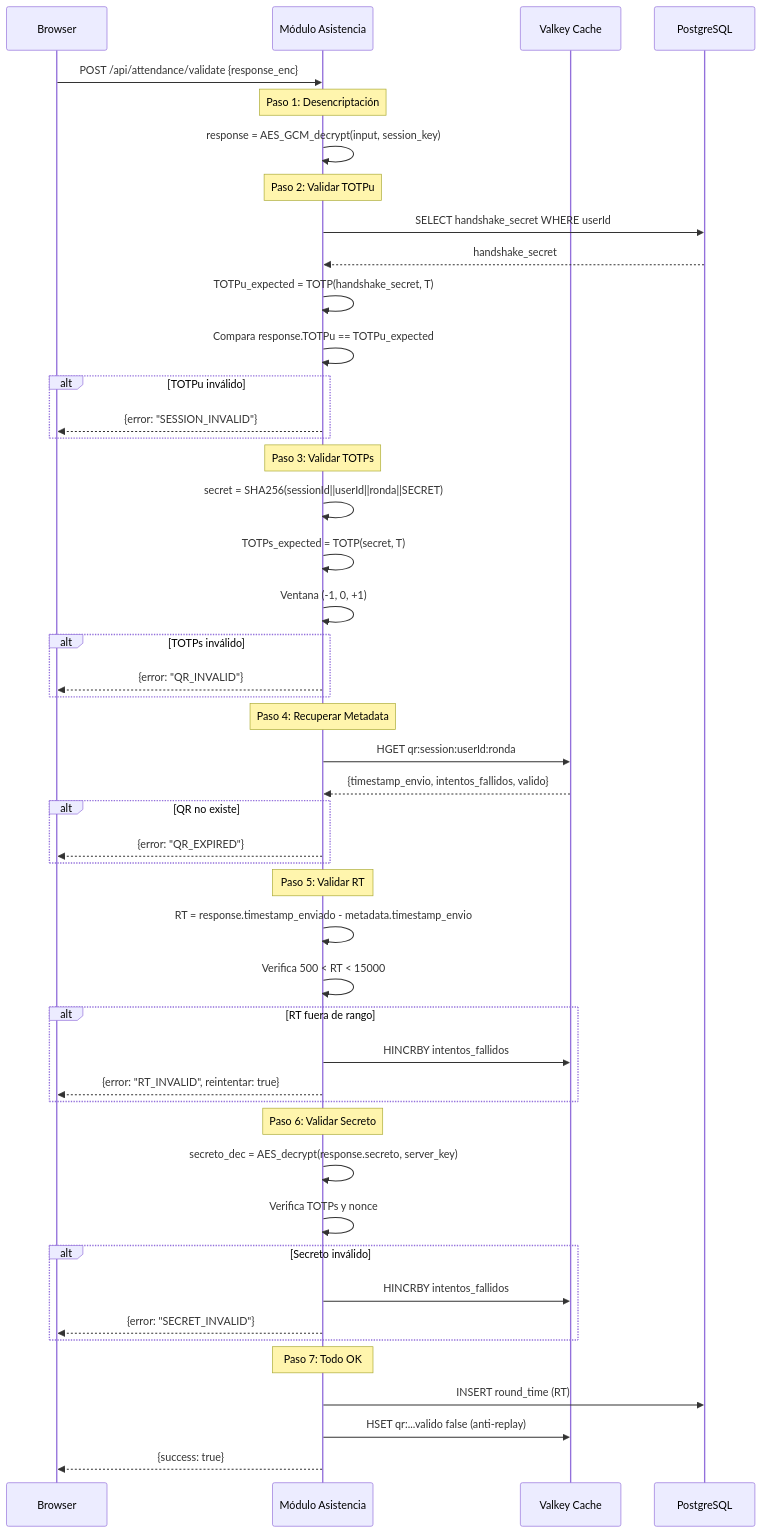
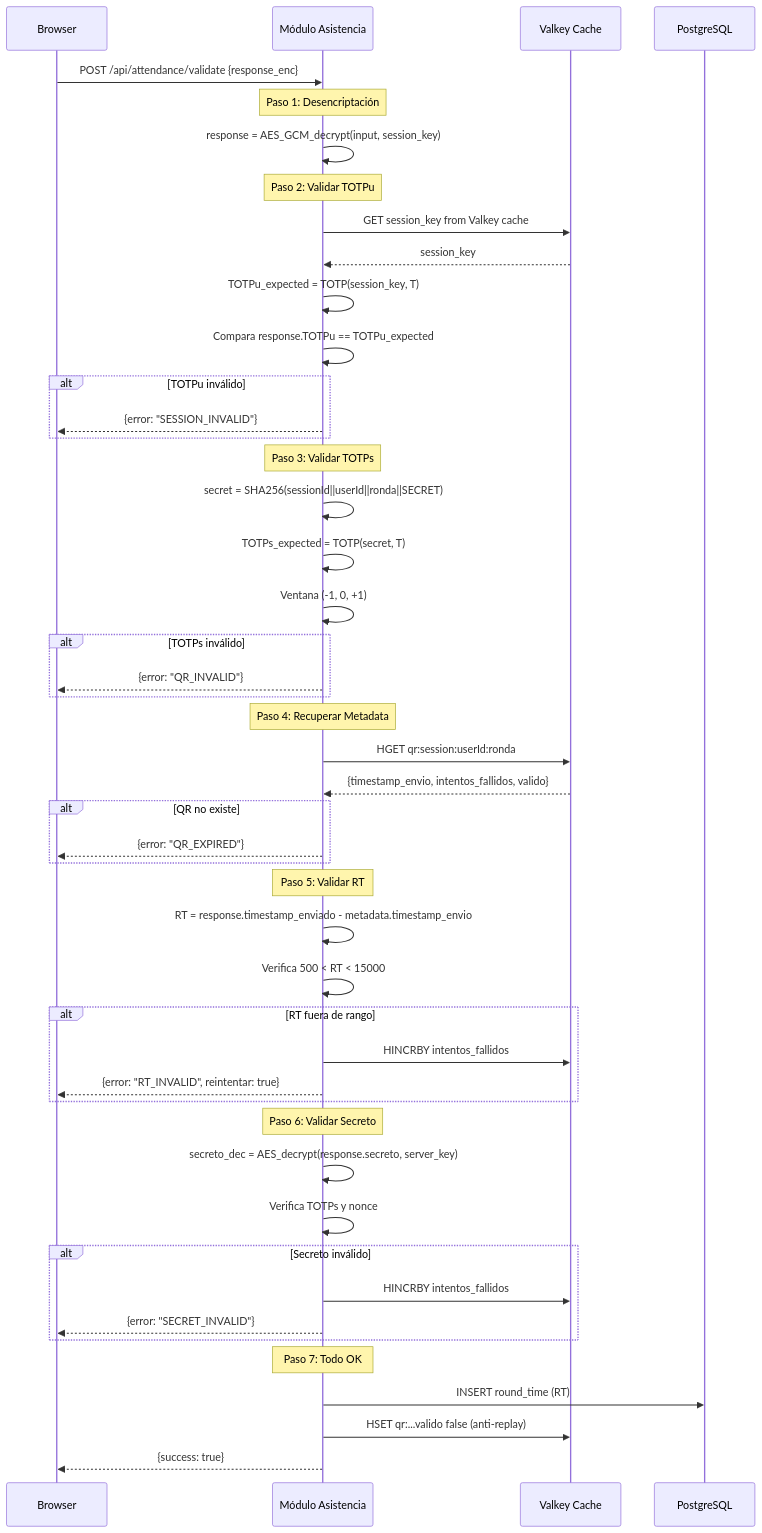
One commit to Ragnarsss/capstone-backend changed the fifth of 8 diagrams in documents/03-especificaciones-tecnicas/06-diagramas-secuencia.md. Above: the diagram before and after it, drawn with Mermaid. The commit also changed other lines of this file and 4 other files, not shown here.

````diff
--- a/documents/03-especificaciones-tecnicas/06-diagramas-secuencia.md
+++ b/documents/03-especificaciones-tecnicas/06-diagramas-secuencia.md
@@ -265,62 +265,62 @@
 ```mermaid
 sequenceDiagram
     participant B as Browser
     participant A as Módulo Asistencia
     participant V as Valkey Cache
     participant DB as PostgreSQL
 
     B->>A: POST /api/attendance/validate {response_enc}
     
     Note over A: Paso 1: Desencriptación
     A->>A: response = AES_GCM_decrypt(input, session_key)
     
     Note over A: Paso 2: Validar TOTPu
-    A->>DB: SELECT handshake_secret WHERE userId
-    DB-->>A: handshake_secret
-    A->>A: TOTPu_expected = TOTP(handshake_secret, T)
+    A->>V: GET session_key from Valkey cache
+    V-->>A: session_key
+    A->>A: TOTPu_expected = TOTP(session_key, T)
     A->>A: Compara response.TOTPu == TOTPu_expected
     
     alt TOTPu inválido
         A-->>B: {error: "SESSION_INVALID"}
     end
 
     Note over A: Paso 3: Validar TOTPs
     A->>A: secret = SHA256(sessionId||userId||ronda||SECRET)
     A->>A: TOTPs_expected = TOTP(secret, T)
     A->>A: Ventana (-1, 0, +1)
     
     alt TOTPs inválido
         A-->>B: {error: "QR_INVALID"}
     end
 
     Note over A: Paso 4: Recuperar Metadata
     A->>V: HGET qr:session:userId:ronda
     V-->>A: {timestamp_envio, intentos_fallidos, valido}
     
     alt QR no existe
         A-->>B: {error: "QR_EXPIRED"}
     end
 
     Note over A: Paso 5: Validar RT
     A->>A: RT = response.timestamp_enviado - metadata.timestamp_envio
     A->>A: Verifica 500 < RT < 15000
     
     alt RT fuera de rango
         A->>V: HINCRBY intentos_fallidos
         A-->>B: {error: "RT_INVALID", reintentar: true}
     end
 
     Note over A: Paso 6: Validar Secreto
     A->>A: secreto_dec = AES_decrypt(response.secreto, server_key)
     A->>A: Verifica TOTPs y nonce
     
     alt Secreto inválido
         A->>V: HINCRBY intentos_fallidos
         A-->>B: {error: "SECRET_INVALID"}
     end
 
     Note over A: Paso 7: Todo OK
     A->>DB: INSERT round_time (RT)
     A->>V: HSET qr:...valido false (anti-replay)
     A-->>B: {success: true}
 ```
````
